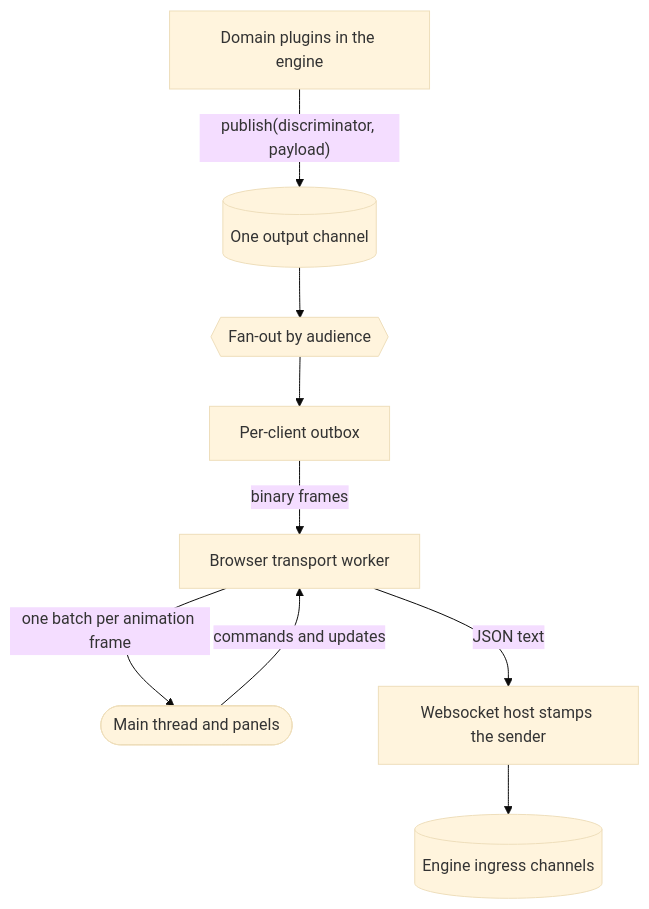
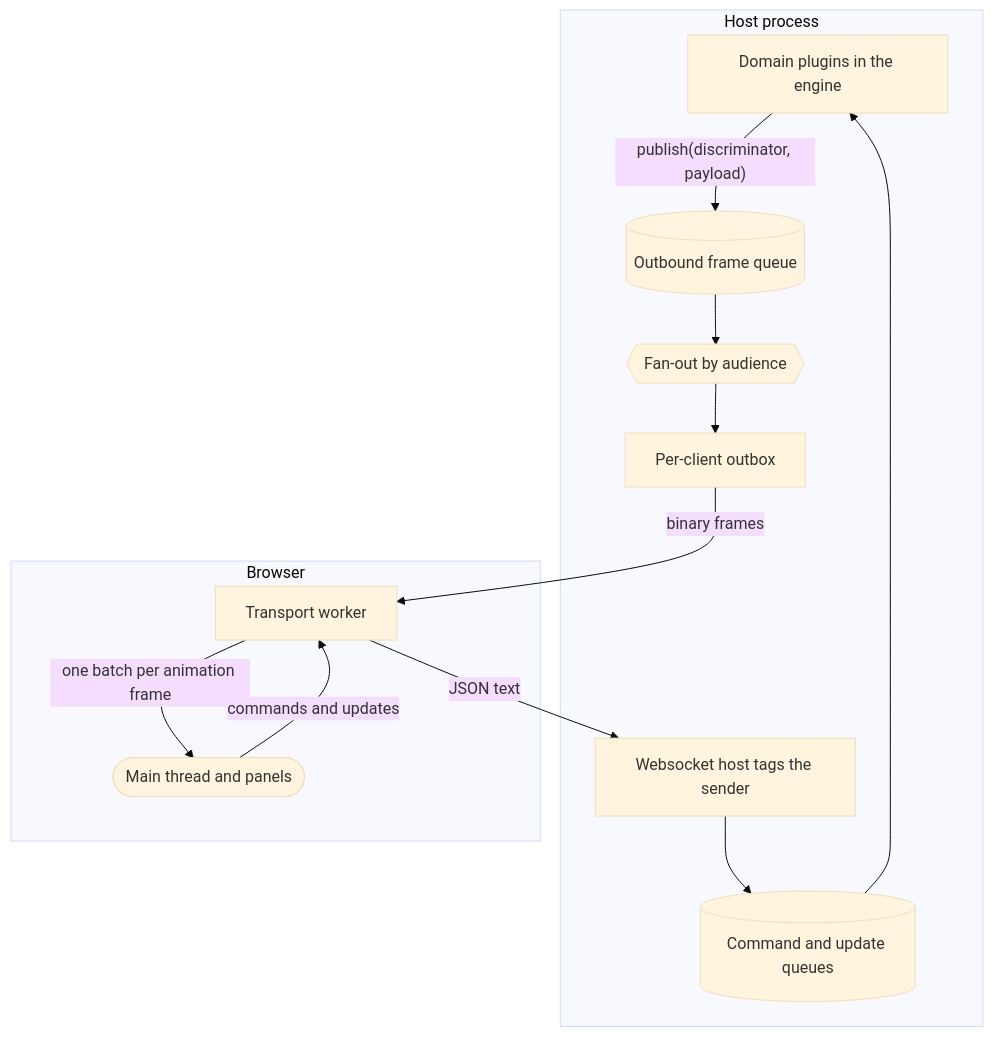
One commit to stewartadam/nightfall-lightdesk changed the first of 4 diagrams in docs/internal/src/architecture/client-protocol.md. Above: the diagram before and after it, drawn with Mermaid (base theme). The commit also changed other lines of this file and 6 other files, not shown here.

````diff
--- a/docs/internal/src/architecture/client-protocol.md
+++ b/docs/internal/src/architecture/client-protocol.md
@@ -19,13 +19,18 @@
 ```mermaid
 flowchart TB
   accTitle: Engine to web UI and back
-  accDescr: Domain plugins publish encoded frames to one output channel. The websocket host copies each frame into the outbox of every client in its audience. The browser transport worker decodes and stages frames, and the main thread pulls them once per animation frame. Commands and updates travel back as JSON text, and the host stamps them with the sending client.
-  plugins[Domain plugins in the engine] -- "publish(discriminator, payload)" --> channel[(One output channel)]
-  channel --> fanout{{Fan-out by audience}}
-  fanout --> outbox[Per-client outbox]
-  outbox -- binary frames --> worker[Browser transport worker]
-  worker -- one batch per animation frame --> main([Main thread and panels])
-  main -- commands and updates --> worker
-  worker -- JSON text --> host[Websocket host stamps the sender]
-  host --> ingress[(Engine ingress channels)]
+  accDescr: The host process box holds the engine and the websocket host. Domain plugins publish encoded frames to one outbound queue. The websocket host copies each frame into the outbox of every client in its audience, and the outbox sends binary frames to the browser box. In the browser, the transport worker decodes and stages frames, and the main thread pulls them once per animation frame. Commands and updates travel back as JSON text, and the websocket host tags each one with the sending session before it puts it on the engine's command or update queue.
+  subgraph backend [Host process]
+    plugins[Domain plugins in the engine] -- "publish(discriminator, payload)" --> outq[(Outbound frame queue)]
+    outq --> fanout{{Fan-out by audience}}
+    fanout --> outbox[Per-client outbox]
+    host[Websocket host tags the sender] --> ingress[(Command and update queues)]
+    ingress --> plugins
+  end
+  subgraph browser [Browser]
+    worker[Transport worker] -- one batch per animation frame --> main([Main thread and panels])
+    main -- commands and updates --> worker
+  end
+  outbox -- binary frames --> worker
+  worker -- JSON text --> host
 ```
````
